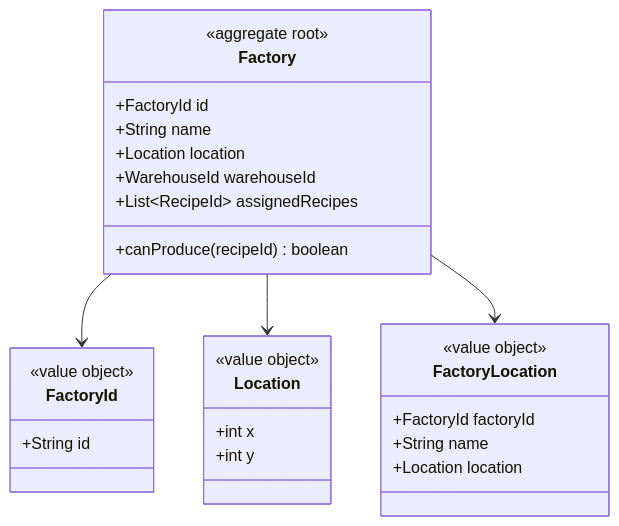
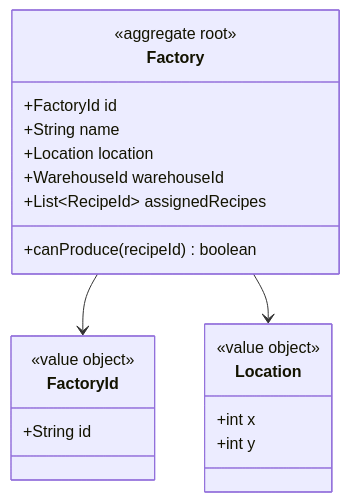
One commit to PauLopNun/workshop-suministros changed the first of 6 diagrams in production/ddd.md. Above: the diagram before and after it, drawn with Mermaid.

Commit message:
docs: deleted factorylocation
Removed FactoryLocation class from the documentation.

````diff
--- a/production/ddd.md
+++ b/production/ddd.md
@@ -9,30 +9,23 @@
 ```mermaid
 classDiagram
     class Factory {
         <<aggregate root>>
         +FactoryId id
         +String name
         +Location location
         +WarehouseId warehouseId
         +List~RecipeId~ assignedRecipes
         +canProduce(recipeId) boolean
     }
     class FactoryId {
         <<value object>>
         +String id
     }
     class Location {
         <<value object>>
         +int x
         +int y
     }
-    class FactoryLocation {
-        <<value object>>
-        +FactoryId factoryId
-        +String name
-        +Location location
-    }
     Factory --> FactoryId
     Factory --> Location
-    Factory --> FactoryLocation
 ```
````
